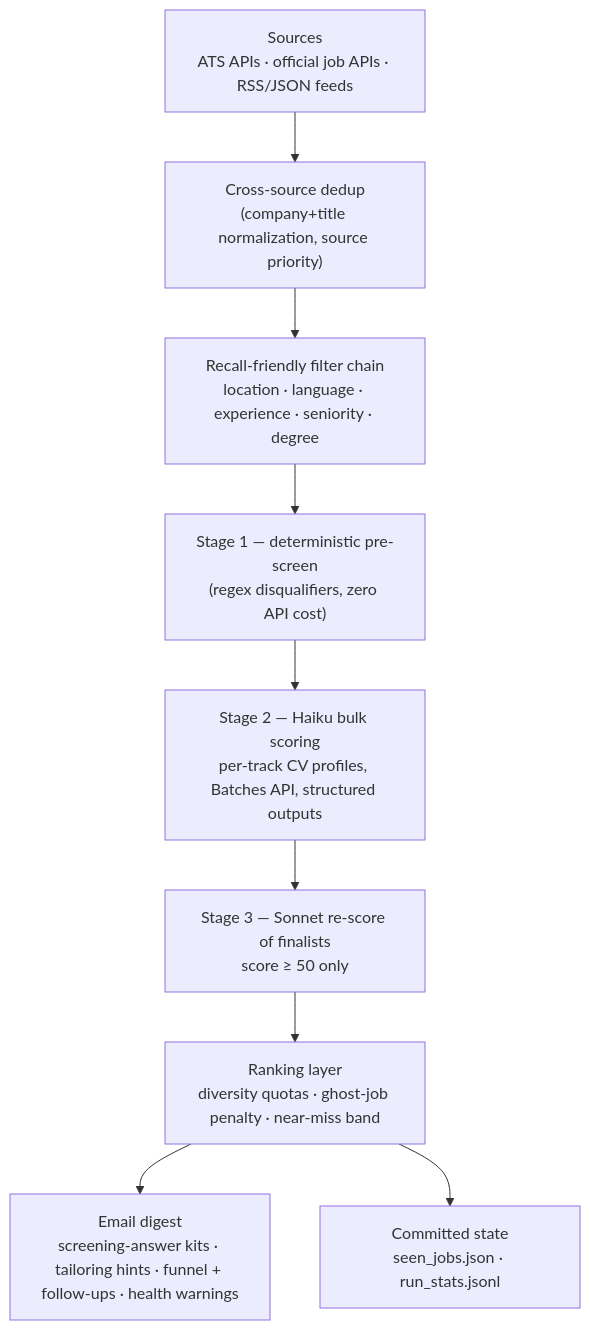
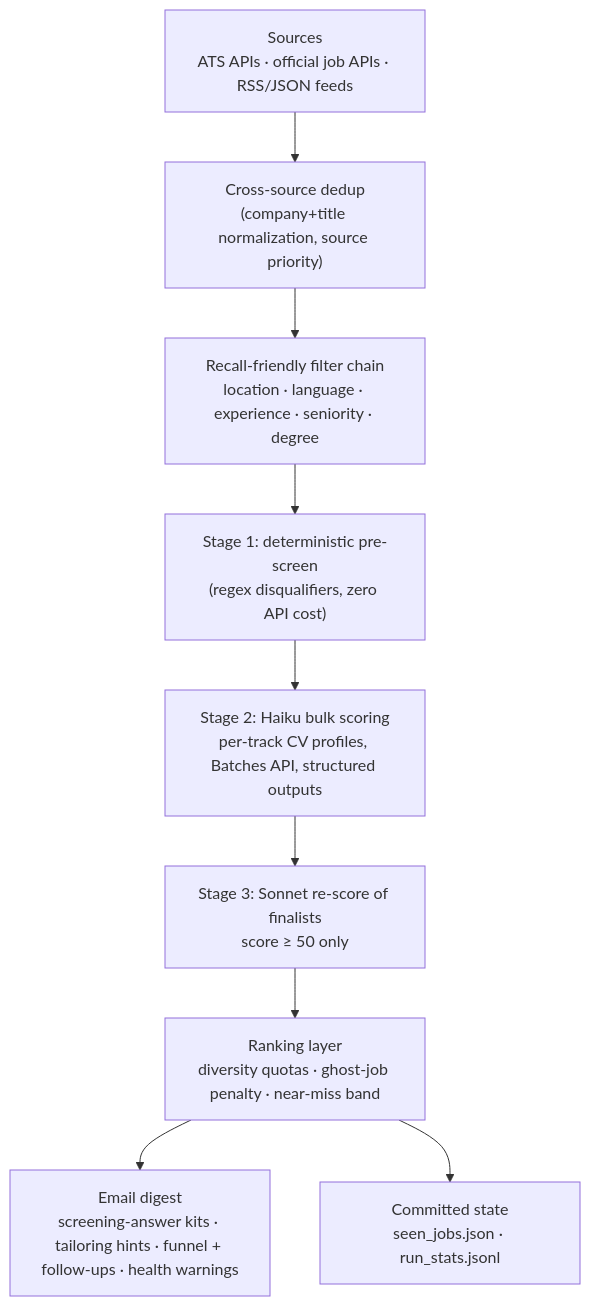
The diagram in README.md (SherwanAli0/job-hunter), drawn with Mermaid before and after one commit. The commit also changed other lines of this file, not shown here.

````diff
--- a/README.md
+++ b/README.md
@@ -21,11 +21,11 @@
 ```mermaid
 flowchart TD
     A["Sources<br/>ATS APIs · official job APIs · RSS/JSON feeds"] --> B["Cross-source dedup<br/>(company+title normalization, source priority)"]
     B --> C["Recall-friendly filter chain<br/>location · language · experience · seniority · degree"]
-    C --> D["Stage 1 — deterministic pre-screen<br/>(regex disqualifiers, zero API cost)"]
-    D --> E["Stage 2 — Haiku bulk scoring<br/>per-track CV profiles, Batches API, structured outputs"]
-    E --> F["Stage 3 — Sonnet re-score of finalists<br/>score ≥ 50 only"]
+    C --> D["Stage 1: deterministic pre-screen<br/>(regex disqualifiers, zero API cost)"]
+    D --> E["Stage 2: Haiku bulk scoring<br/>per-track CV profiles, Batches API, structured outputs"]
+    E --> F["Stage 3: Sonnet re-score of finalists<br/>score ≥ 50 only"]
     F --> G["Ranking layer<br/>diversity quotas · ghost-job penalty · near-miss band"]
     G --> H["Email digest<br/>screening-answer kits · tailoring hints · funnel + follow-ups · health warnings"]
     G --> I["Committed state<br/>seen_jobs.json · run_stats.jsonl"]
 ```
````
